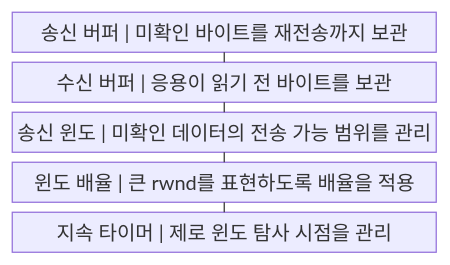
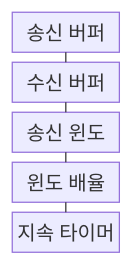
One commit to agnusdei1207/knowledge-base changed the first of 2 diagrams in src/content/docs/notes/04-network/024_tcp_flow_control.md. Above: the diagram before and after it, drawn with Mermaid. The commit also changed other lines of this file and 122 other files, not shown here.

````diff
--- a/src/content/docs/notes/04-network/024_tcp_flow_control.md
+++ b/src/content/docs/notes/04-network/024_tcp_flow_control.md
@@ -58,13 +58,13 @@
 ```mermaid
-block
+block-beta
     columns 1
-    A["송신 버퍼 | 미확인 바이트를 재전송까지 보관"]
-    B["수신 버퍼 | 응용이 읽기 전 바이트를 보관"]
-    C["송신 윈도 | 미확인 데이터의 전송 가능 범위를 관리"]
-    D["윈도 배율 | 큰 rwnd를 표현하도록 배율을 적용"]
-    E["지속 타이머 | 제로 윈도 탐사 시점을 관리"]
+    A["송신 버퍼"]
+    B["수신 버퍼"]
+    C["송신 윈도"]
+    D["윈도 배율"]
+    E["지속 타이머"]
     A --- B
     B --- C
     C --- D
     D --- E
 ```
````
